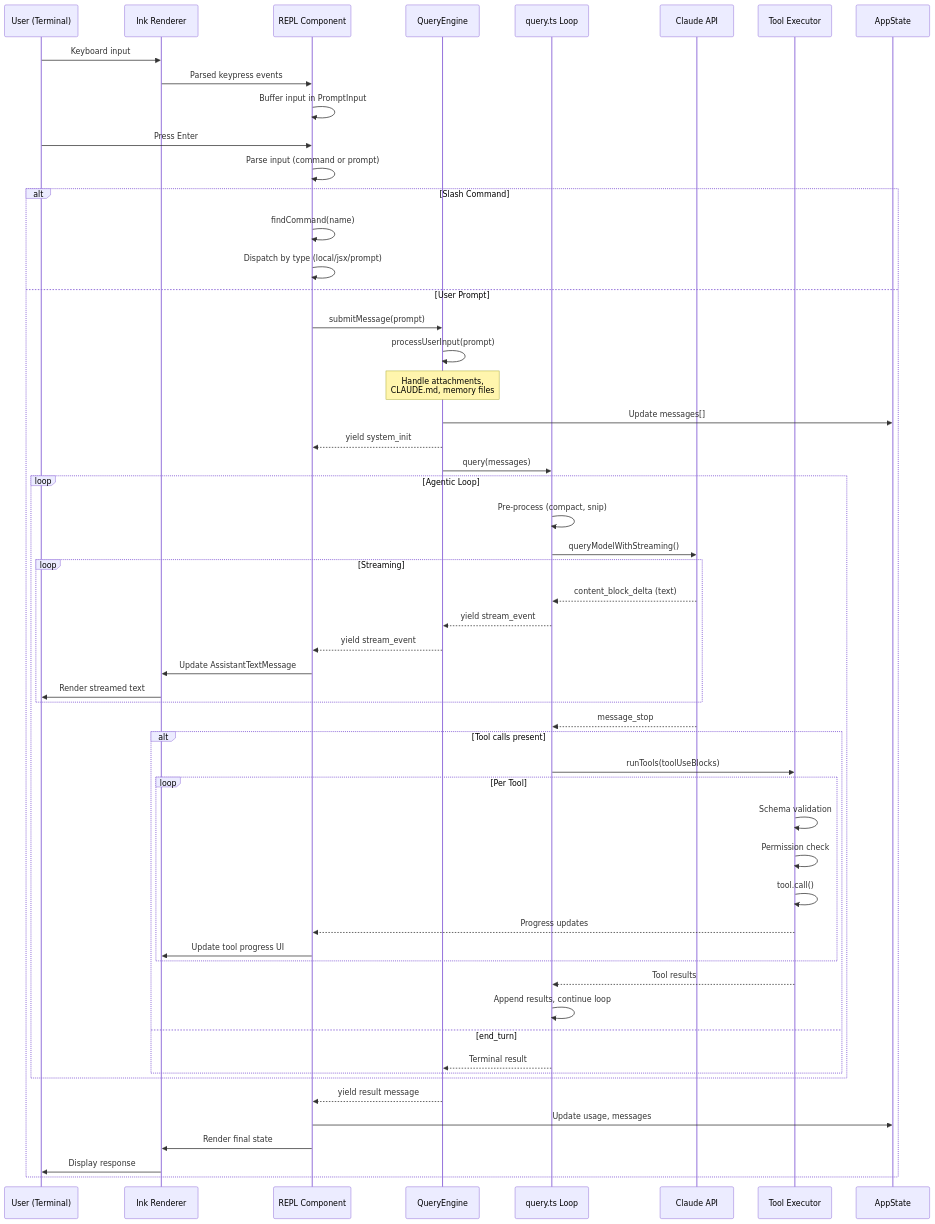
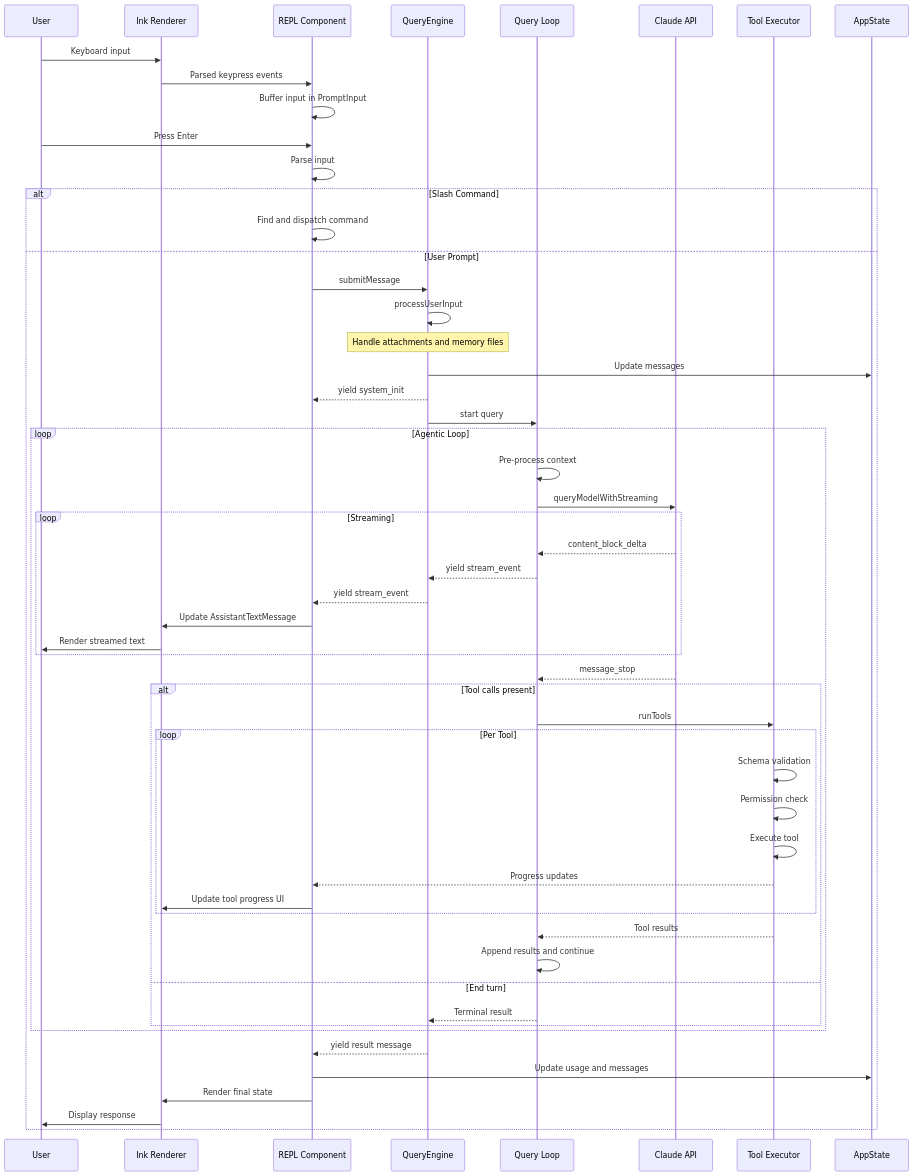
One commit to vitaszhang/opened-claude-code changed the first of 9 diagrams in docs/reverse-engineering/20260331/10-data-flow-and-state-machines.md. Above: the diagram before and after it, drawn with Mermaid. The commit also changed other lines of this file and 4 other files, not shown here.

Commit message:
fix mermaid brokens

````diff
--- a/docs/reverse-engineering/20260331/10-data-flow-and-state-machines.md
+++ b/docs/reverse-engineering/20260331/10-data-flow-and-state-machines.md
@@ -7,69 +7,68 @@
 ```mermaid
 sequenceDiagram
-    participant User as User (Terminal)
+    participant User as User
     participant Ink as Ink Renderer
     participant REPL as REPL Component
     participant QE as QueryEngine
-    participant Query as query.ts Loop
+    participant Query as Query Loop
     participant API as Claude API
     participant Tools as Tool Executor
     participant State as AppState
 
     User->>Ink: Keyboard input
     Ink->>REPL: Parsed keypress events
     REPL->>REPL: Buffer input in PromptInput
 
     User->>REPL: Press Enter
-    REPL->>REPL: Parse input (command or prompt)
+    REPL->>REPL: Parse input
 
     alt Slash Command
-        REPL->>REPL: findCommand(name)
-        REPL->>REPL: Dispatch by type (local/jsx/prompt)
+        REPL->>REPL: Find and dispatch command
     else User Prompt
-        REPL->>QE: submitMessage(prompt)
-        QE->>QE: processUserInput(prompt)
-        Note over QE: Handle attachments,<br/>CLAUDE.md, memory files
+        REPL->>QE: submitMessage
+        QE->>QE: processUserInput
+        Note over QE: Handle attachments and memory files
 
-        QE->>State: Update messages[]
+        QE->>State: Update messages
         QE-->>REPL: yield system_init
 
-        QE->>Query: query(messages)
+        QE->>Query: start query
 
         loop Agentic Loop
-            Query->>Query: Pre-process (compact, snip)
-            Query->>API: queryModelWithStreaming()
+            Query->>Query: Pre-process context
+            Query->>API: queryModelWithStreaming
 
             loop Streaming
-                API-->>Query: content_block_delta (text)
+                API-->>Query: content_block_delta
                 Query-->>QE: yield stream_event
                 QE-->>REPL: yield stream_event
                 REPL->>Ink: Update AssistantTextMessage
                 Ink->>User: Render streamed text
             end
 
             API-->>Query: message_stop
 
             alt Tool calls present
-                Query->>Tools: runTools(toolUseBlocks)
+                Query->>Tools: runTools
 
                 loop Per Tool
                     Tools->>Tools: Schema validation
                     Tools->>Tools: Permission check
-                    Tools->>Tools: tool.call()
+                    Tools->>Tools: Execute tool
                     Tools-->>REPL: Progress updates
                     REPL->>Ink: Update tool progress UI
                 end
 
                 Tools-->>Query: Tool results
-                Query->>Query: Append results, continue loop
-            else end_turn
+                Query->>Query: Append results and continue
+            else End turn
                 Query-->>QE: Terminal result
             end
         end
 
         QE-->>REPL: yield result message
-        REPL->>State: Update usage, messages
+        REPL->>State: Update usage and messages
         REPL->>Ink: Render final state
         Ink->>User: Display response
     end
 ```
````
